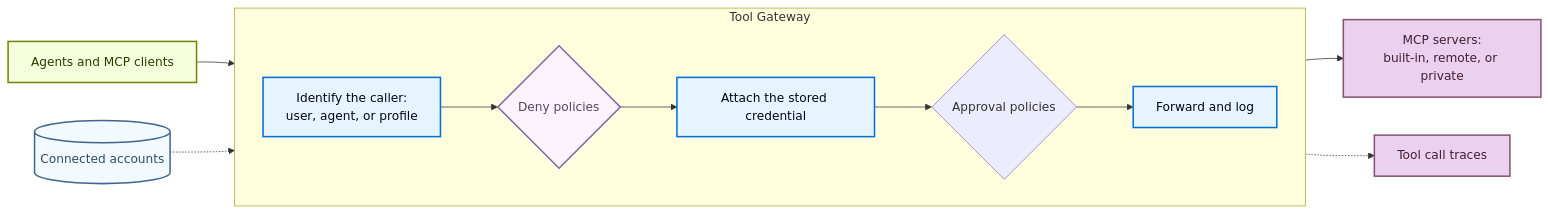
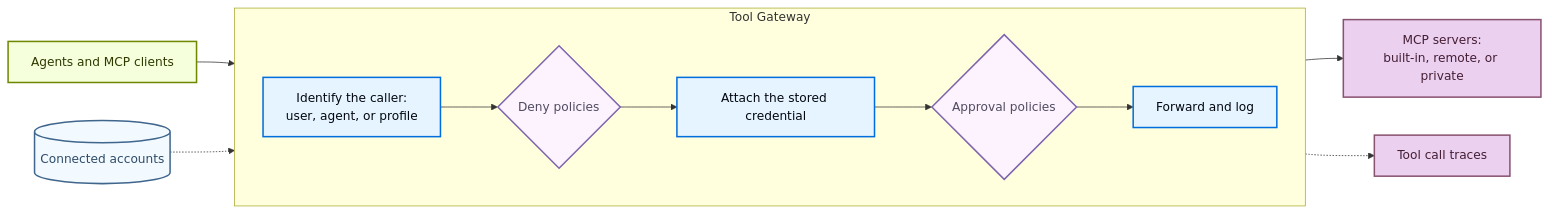
Before and after one commit to langchain-ai/docs: the diagram in src/langsmith/tool-gateway.mdx, drawn with Mermaid. The commit also changed 2 other files, not shown here.

Commit message:
docs(langsmith): address review on Tool Gateway fixes

````diff
--- a/src/langsmith/tool-gateway.mdx
+++ b/src/langsmith/tool-gateway.mdx
@@ -34,28 +34,28 @@
 ```mermaid
 flowchart LR
     A[Agents and MCP clients] --> I
 
     subgraph TG[Tool Gateway]
         direction LR
         I[Identify the caller:<br/>user, agent, or profile] --> P{Deny policies}
         P --> T[Attach the stored credential]
         T --> R{Approval policies}
         R --> F[Forward and log]
     end
 
     C[(Connected accounts)] -.-> T
     F --> S[MCP servers:<br/>built-in, remote, or private]
     F -.-> L[Tool call traces]
 
     classDef process fill:#E5F4FF,stroke:#006DDD,stroke-width:2px,color:#030710
     classDef trigger fill:#F6FFDB,stroke:#6E8900,stroke-width:2px,color:#2E3900
     classDef decision fill:#FDF3FF,stroke:#7E65AE,stroke-width:2px,color:#504B5F
     classDef output fill:#EBD0F0,stroke:#885270,stroke-width:2px,color:#441E33
     classDef neutral fill:#F2FAFF,stroke:#40668D,stroke-width:2px,color:#2F4B68
 
     class A trigger
     class I,T,F process
-    class P decision
+    class P,R decision
     class S,L output
     class C neutral
 ```
````
